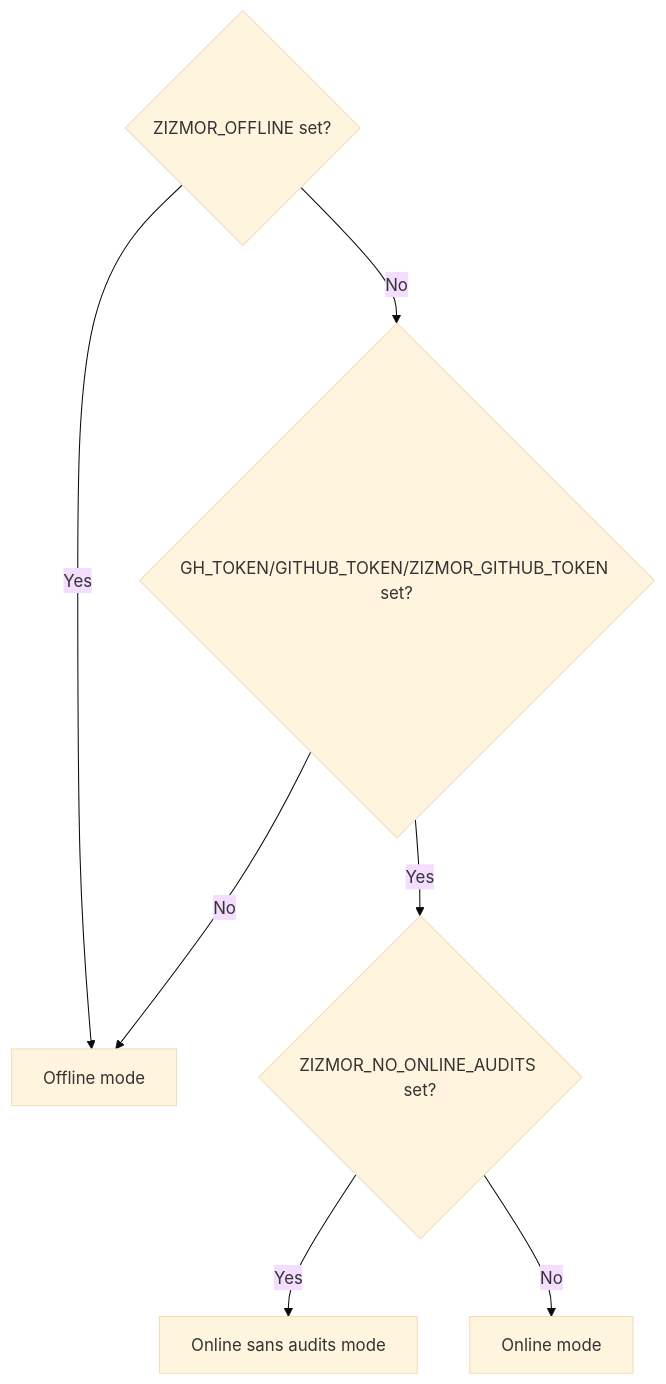
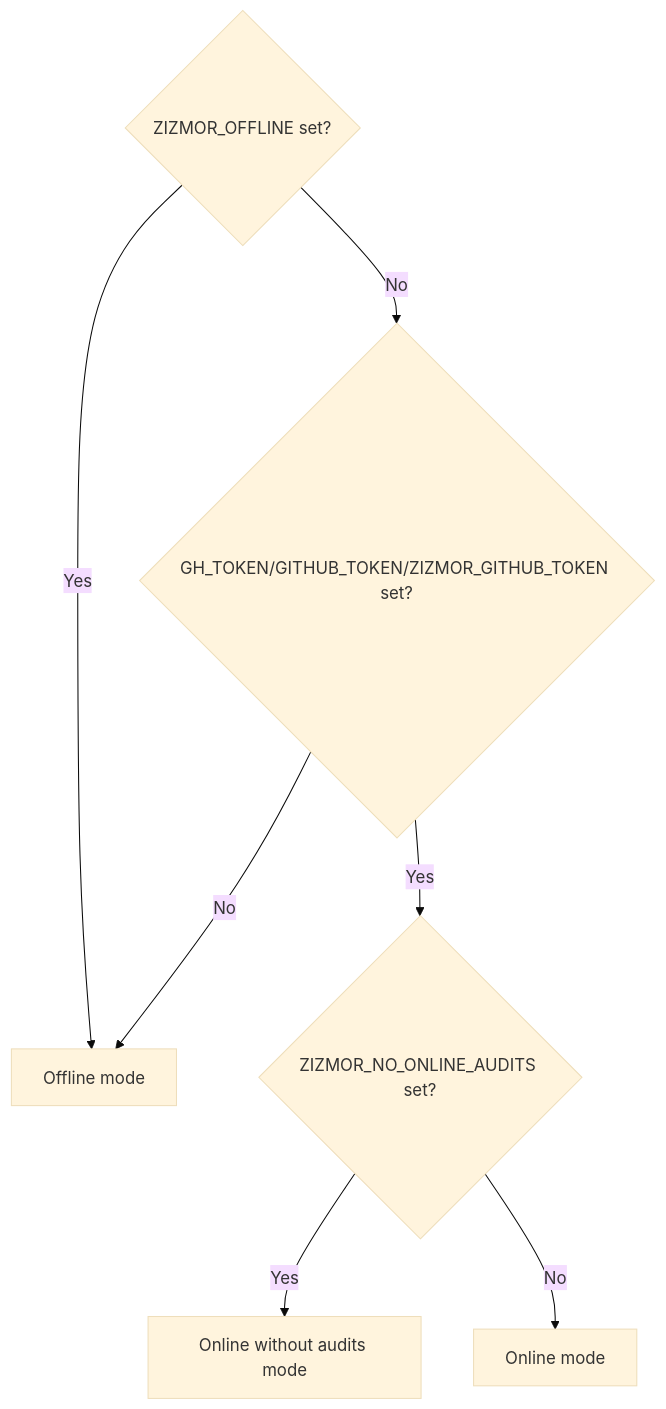
One commit to zizmorcore/zizmor changed the diagram in docs/usage.md. Above: the diagram before and after it, drawn with Mermaid (base theme). The commit also changed other lines of this file, not shown here.

````diff
--- a/docs/usage.md
+++ b/docs/usage.md
@@ -166,9 +166,9 @@
 ```mermaid
 flowchart TD
   B{ZIZMOR_OFFLINE set?} -- Yes --> C[Offline mode]
   B -- No --> D{GH_TOKEN/GITHUB_TOKEN/ZIZMOR_GITHUB_TOKEN set?}
   D -- No --> C
   D -- Yes --> E{ZIZMOR_NO_ONLINE_AUDITS set?}
-  E -- Yes --> F[Online sans audits mode]
+  E -- Yes --> F[Online without audits mode]
   E -- No --> G[Online mode]
 ```
````
